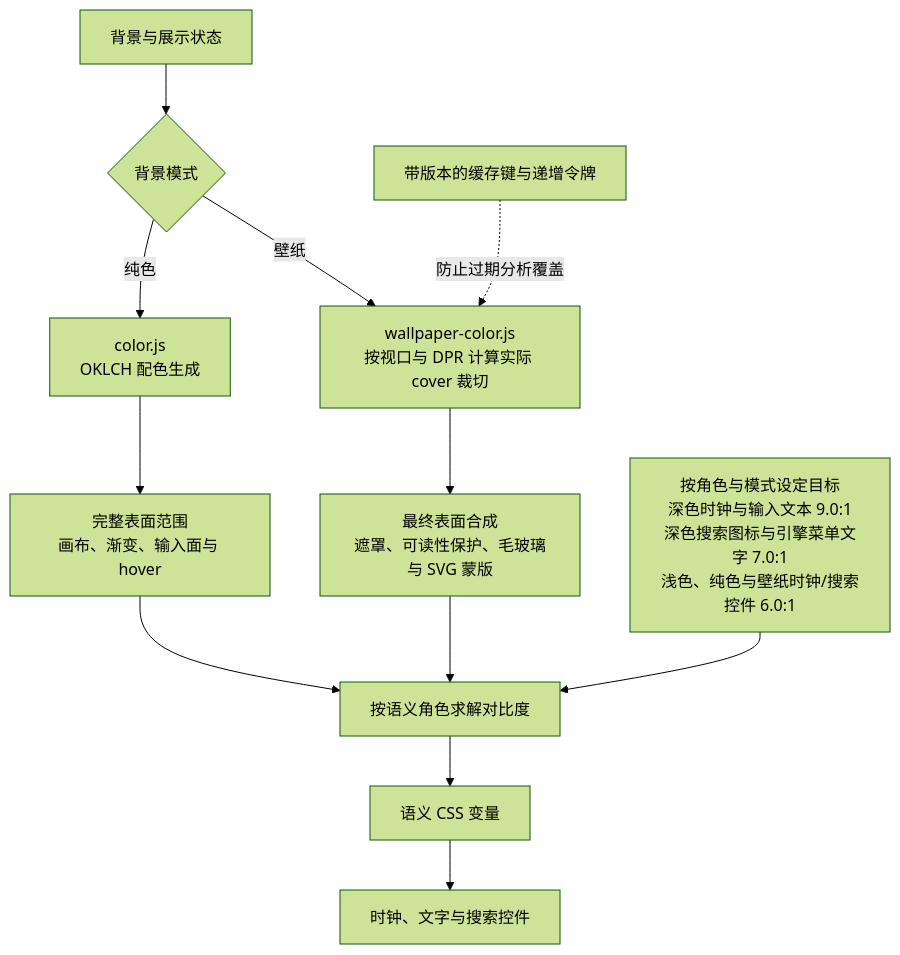
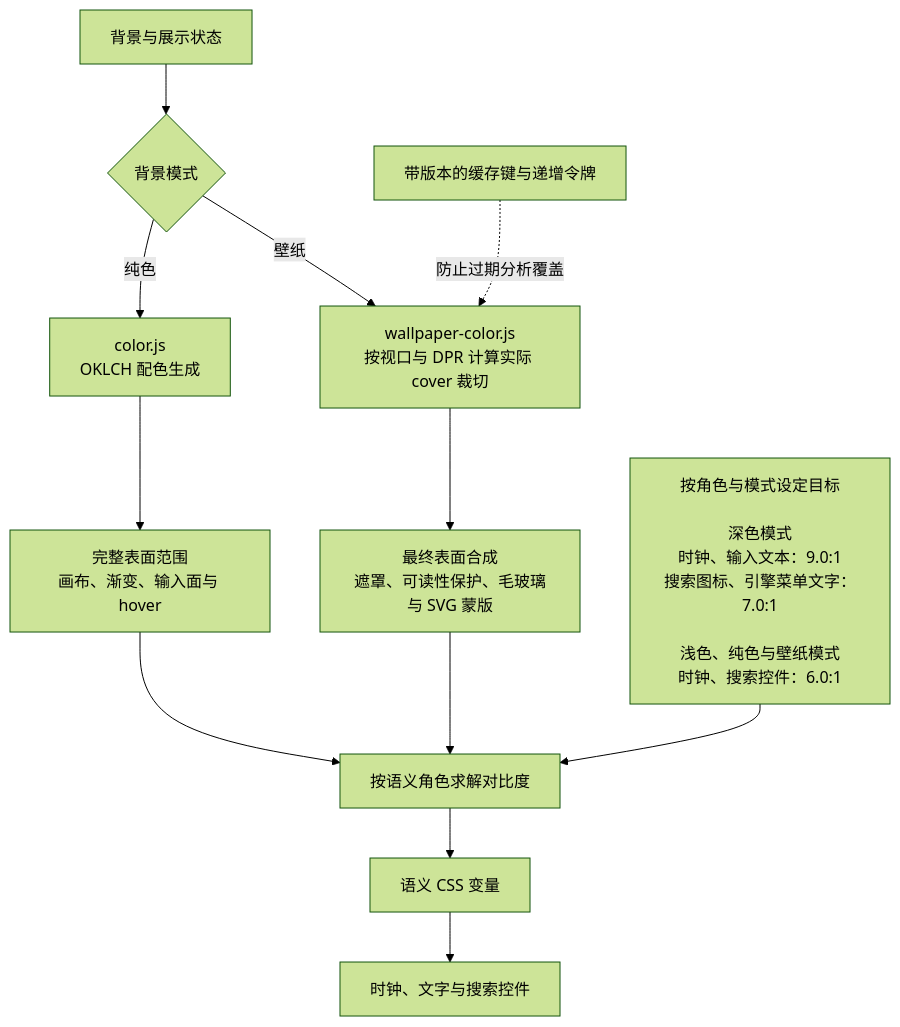
One commit to Un1quer23/WillowTab changed the diagram in README.zh-CN.md. Above: the diagram before and after it, drawn with Mermaid (forest theme). The commit also changed 1 other file, not shown here.

Commit message:
Improve README diagram line breaks

````diff
--- a/README.zh-CN.md
+++ b/README.zh-CN.md
@@ -40,14 +40,14 @@
 ```mermaid
 flowchart TD
     A["背景与展示状态"] --> B{"背景模式"}
     B -->|纯色| C["color.js<br/>OKLCH 配色生成"]
     C --> D["完整表面范围<br/>画布、渐变、输入面与 hover"]
     B -->|壁纸| E["wallpaper-color.js<br/>按视口与 DPR 计算实际 cover 裁切"]
     E --> F["最终表面合成<br/>遮罩、可读性保护、毛玻璃与 SVG 蒙版"]
     D --> G["按语义角色求解对比度"]
     F --> G
-    H["按角色与模式设定目标<br/>深色时钟与输入文本 9.0:1<br/>深色搜索图标与引擎菜单文字 7.0:1<br/>浅色、纯色与壁纸时钟/搜索控件 6.0:1"] --> G
+    H["按角色与模式设定目标<br/><br/>深色模式<br/>时钟、输入文本：9.0:1<br/>搜索图标、引擎菜单文字：7.0:1<br/><br/>浅色、纯色与壁纸模式<br/>时钟、搜索控件：6.0:1"] --> G
     G --> I["语义 CSS 变量"]
     I --> J["时钟、文字与搜索控件"]
     K["带版本的缓存键与递增令牌"] -. 防止过期分析覆盖 .-> E
 ```
````
